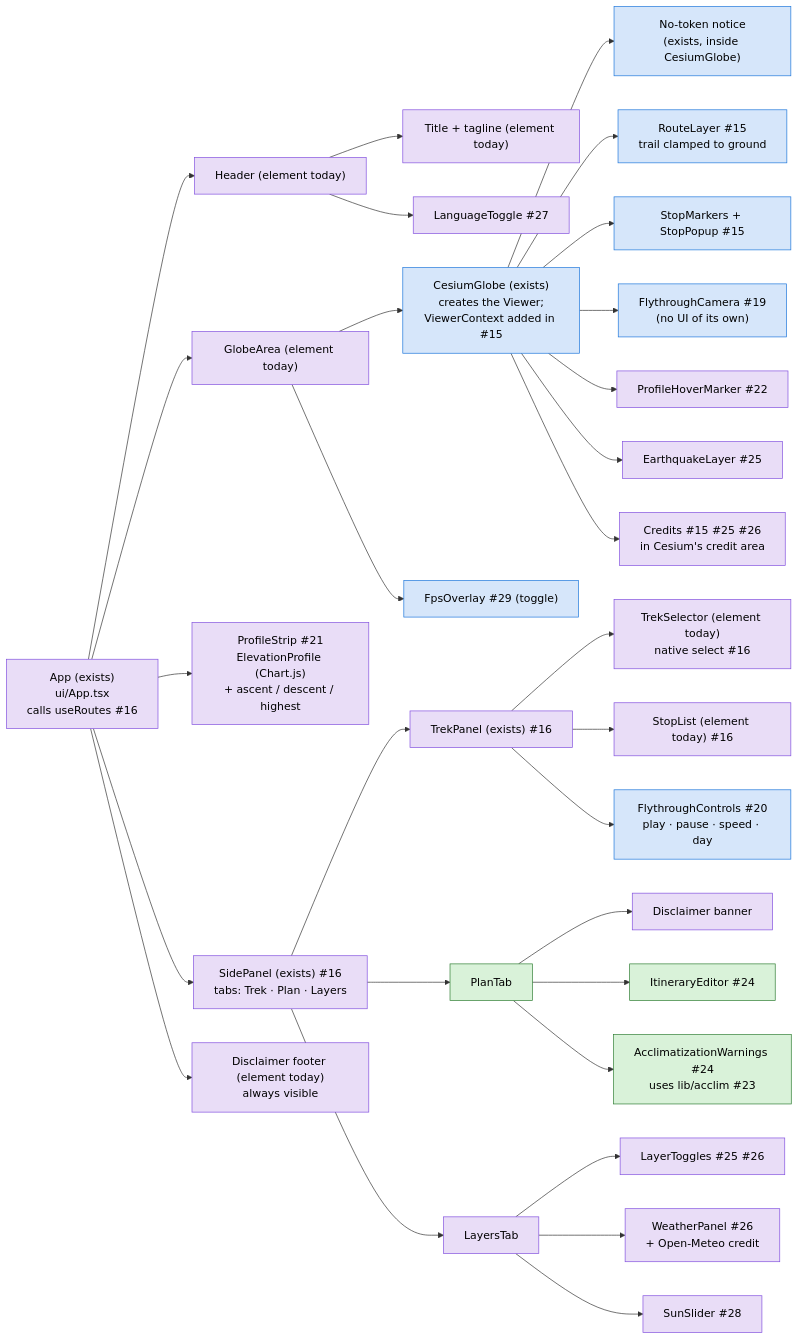
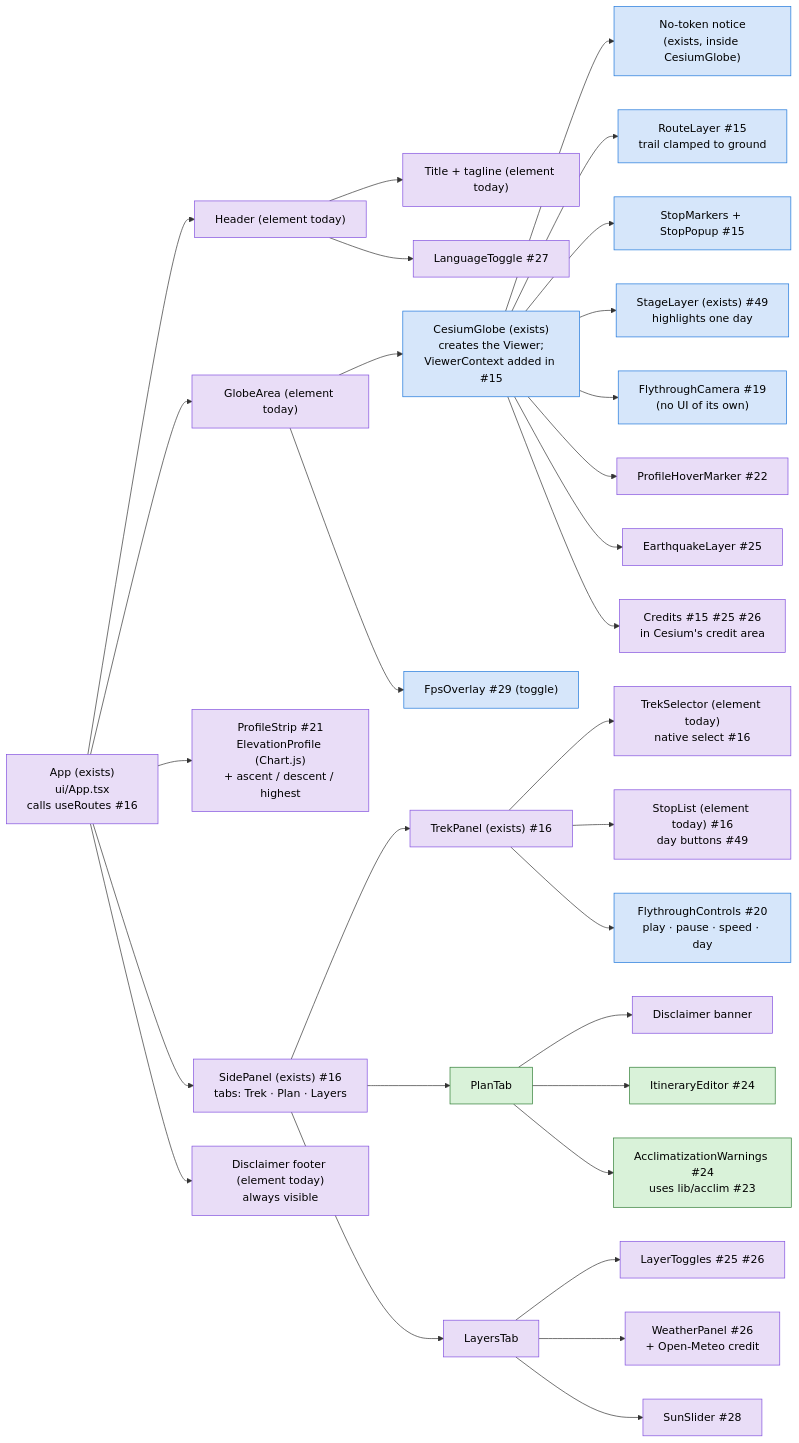
One commit to dipson6525/himalaya-3d changed the first of 2 diagrams in docs/ui-design.md. Above: the diagram before and after it, drawn with Mermaid. The commit also changed other lines of this file and 9 other files, not shown here.

````diff
--- a/docs/ui-design.md
+++ b/docs/ui-design.md
@@ -51,41 +51,42 @@
 ```mermaid
 flowchart LR
   App["App (exists)<br/>ui/App.tsx<br/>calls useRoutes #16"]:::dipson
 
   App --> Header["Header (element today)"]:::dipson
   Header --> Title["Title + tagline (element today)"]:::dipson
   Header --> Lang["LanguageToggle #27"]:::dipson
 
   App --> GlobeArea["GlobeArea (element today)"]:::dipson
   GlobeArea --> Globe["CesiumGlobe (exists)<br/>creates the Viewer;<br/>ViewerContext added in #15"]:::sparsh
   Globe --> Notice["No-token notice<br/>(exists, inside CesiumGlobe)"]:::sparsh
   Globe --> RouteLayer["RouteLayer #15<br/>trail clamped to ground"]:::sparsh
   Globe --> Stops["StopMarkers + StopPopup #15"]:::sparsh
+  Globe --> StageLayer["StageLayer (exists) #49<br/>highlights one day"]:::sparsh
   Globe --> Fly["FlythroughCamera #19<br/>(no UI of its own)"]:::sparsh
   Globe --> HoverMarker["ProfileHoverMarker #22"]:::dipson
   Globe --> Quakes["EarthquakeLayer #25"]:::dipson
   Globe --> Credits["Credits #15 #25 #26<br/>in Cesium's credit area"]:::dipson
   GlobeArea --> Fps["FpsOverlay #29 (toggle)"]:::sparsh
 
   App --> Profile["ProfileStrip #21<br/>ElevationProfile (Chart.js)<br/>+ ascent / descent / highest"]:::dipson
 
   App --> Panel["SidePanel (exists) #16<br/>tabs: Trek · Plan · Layers"]:::dipson
   Panel --> TrekTab["TrekPanel (exists) #16"]:::dipson
   TrekTab --> Selector["TrekSelector (element today)<br/>native select #16"]:::dipson
-  TrekTab --> StopList["StopList (element today) #16"]:::dipson
+  TrekTab --> StopList["StopList (element today) #16<br/>day buttons #49"]:::dipson
   TrekTab --> FlyControls["FlythroughControls #20<br/>play · pause · speed · day"]:::sparsh
   Panel --> PlanTab["PlanTab"]:::unique
   PlanTab --> PlanNote["Disclaimer banner"]:::dipson
   PlanTab --> Itinerary["ItineraryEditor #24"]:::unique
   PlanTab --> Warnings["AcclimatizationWarnings #24<br/>uses lib/acclim #23"]:::unique
   Panel --> LayersTab["LayersTab"]:::dipson
   LayersTab --> Toggles["LayerToggles #25 #26"]:::dipson
   LayersTab --> Weather["WeatherPanel #26<br/>+ Open-Meteo credit"]:::dipson
   LayersTab --> Sun["SunSlider #28"]:::dipson
 
   App --> Footer["Disclaimer footer (element today)<br/>always visible"]:::dipson
 
   classDef unique fill:#d9f2d9,stroke:#2e7d32,color:#000
   classDef sparsh fill:#d6e6fa,stroke:#1d76db,color:#000
   classDef dipson fill:#e9ddf7,stroke:#8250df,color:#000
 ```
````
